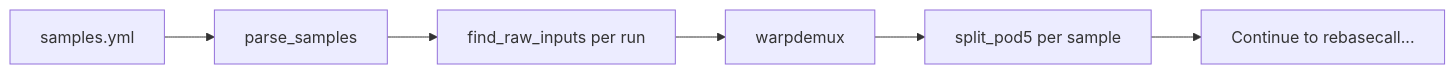
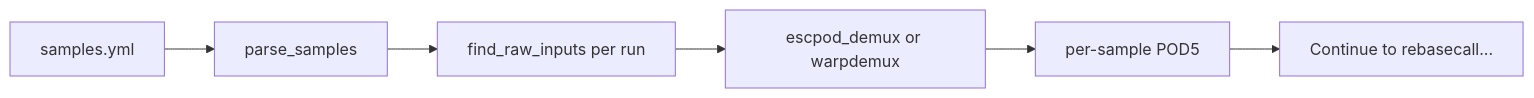
One commit to rnabioco/aa-tRNA-seq-pipeline changed the third of 3 diagrams in docs/user-guide/samples-format.md. Above: the diagram before and after it, drawn with Mermaid. The commit also changed other lines of this file and 24 other files, not shown here.

````diff
--- a/docs/user-guide/samples-format.md
+++ b/docs/user-guide/samples-format.md
@@ -153,8 +154,8 @@
 ```mermaid
 flowchart LR
     A[samples.yml] --> B[parse_samples]
     B --> C[find_raw_inputs per run]
-    C --> D[warpdemux]
-    D --> E[split_pod5 per sample]
+    C --> D[escpod_demux or warpdemux]
+    D --> E[per-sample POD5]
     E --> F[Continue to rebasecall...]
 ```
````
